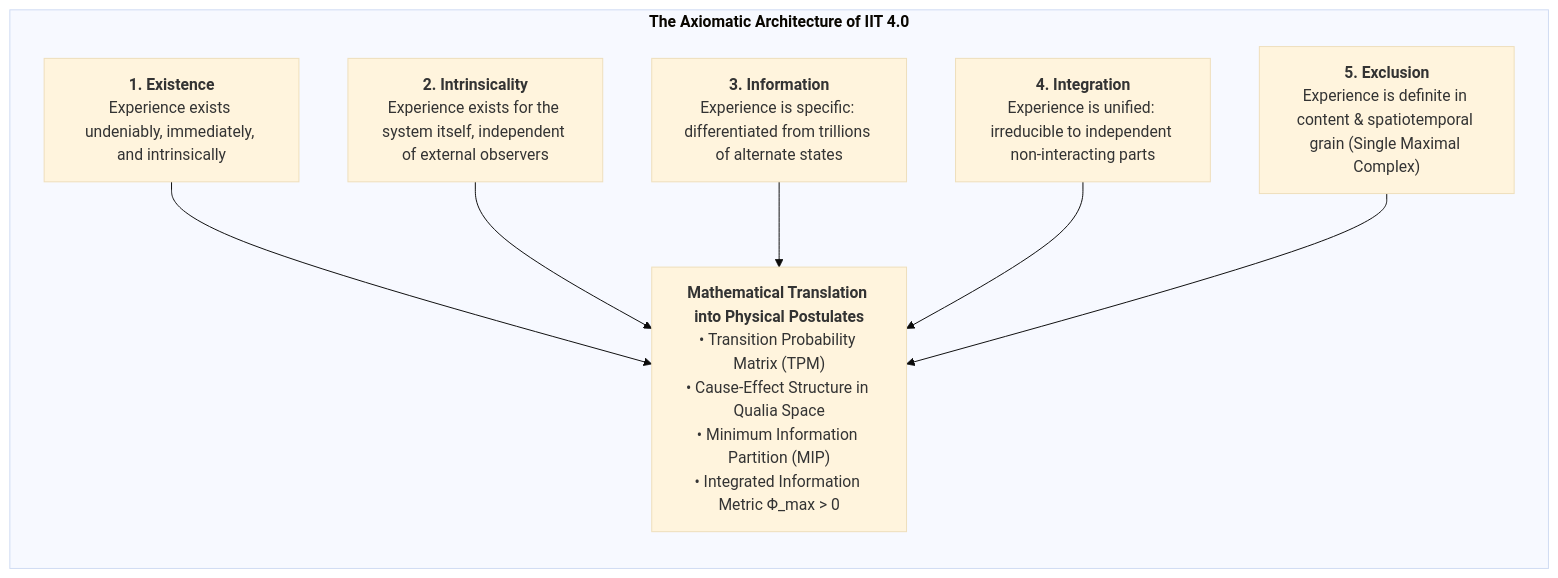
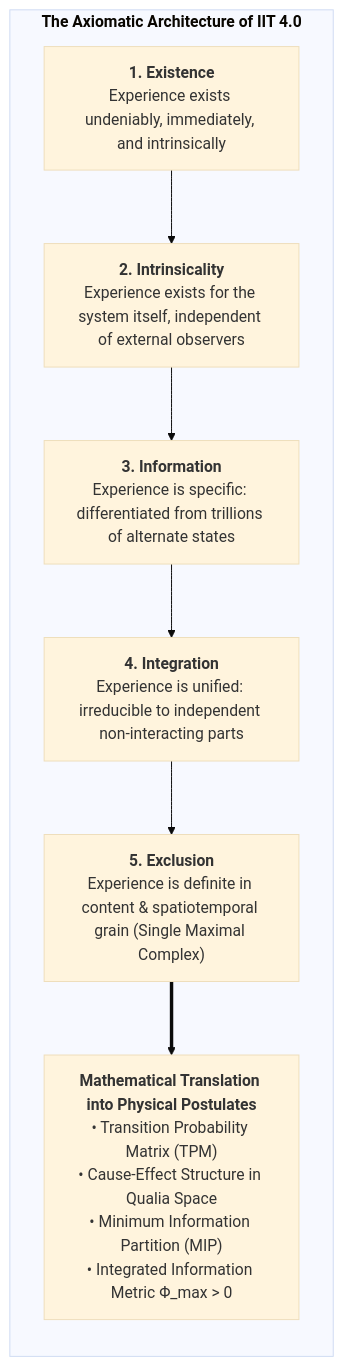
The first of 7 diagrams in book/manuscript_en/03_first_person_interiority_iit4_and_6th_axiom.md (Thriebl/active-inference-phi-network), drawn with Mermaid (base theme) before and after one commit. The commit also changed other lines of this file and 16 other files, not shown here.

Commit message:
Enhance English monograph: standardize chart sizing, number figures/statements/tables, add lists before App E, link open-source repo

````diff
--- a/book/manuscript_en/03_first_person_interiority_iit4_and_6th_axiom.md
+++ b/book/manuscript_en/03_first_person_interiority_iit4_and_6th_axiom.md
@@ -14,20 +14,16 @@
 ```mermaid
 flowchart TD
     subgraph IIT_AXIOMATIC["<b>The Axiomatic Architecture of IIT 4.0</b>"]
         direction TB
         
         AX1["<b>1. Existence</b><br>Experience exists undeniably, immediately, and intrinsically"]
         AX2["<b>2. Intrinsicality</b><br>Experience exists for the system itself, independent of external observers"]
         AX3["<b>3. Information</b><br>Experience is specific: differentiated from trillions of alternate states"]
         AX4["<b>4. Integration</b><br>Experience is unified: irreducible to independent non-interacting parts"]
         AX5["<b>5. Exclusion</b><br>Experience is definite in content & spatiotemporal grain (Single Maximal Complex)"]
         
         POST["<b>Mathematical Translation into Physical Postulates</b><br>• Transition Probability Matrix (TPM)<br>• Cause-Effect Structure in Qualia Space<br>• Minimum Information Partition (MIP)<br>• Integrated Information Metric Φ_max > 0"]
         
-        AX1 --> POST
-        AX2 --> POST
-        AX3 --> POST
-        AX4 --> POST
-        AX5 --> POST
+        AX1 --> AX2 --> AX3 --> AX4 --> AX5 ==> POST
     end
 ```
````
